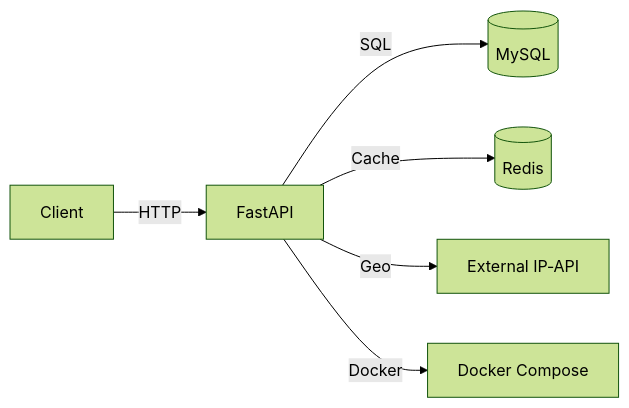
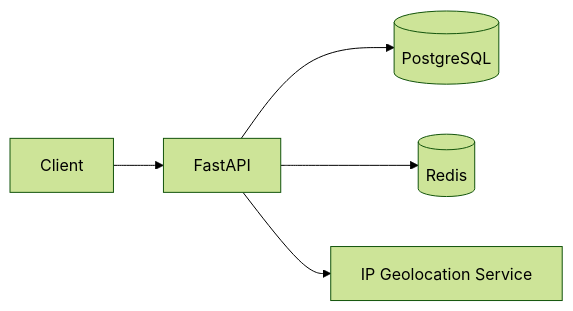
Before and after one commit to AadiBagde/LinkForge: the diagram in README.md, drawn with Mermaid (forest theme). The commit also changed other lines of this file, not shown here.

````diff
--- a/README.md
+++ b/README.md
@@ -65,8 +75,11 @@
 ```mermaid
 flowchart LR
-    Client -->|HTTP| API[FastAPI]
-    API -->|SQL| DB[(MySQL)]
-    API -->|Cache| Redis[(Redis)]
-    API -->|Geo| IPService[External IP‑API]
-    API -->|Docker| Docker[Docker Compose]
+
+Client --> API[FastAPI]
+
+API --> PostgreSQL[(PostgreSQL)]
+
+API --> Redis[(Redis)]
+
+API --> Geo[IP Geolocation Service]
 ```
````
